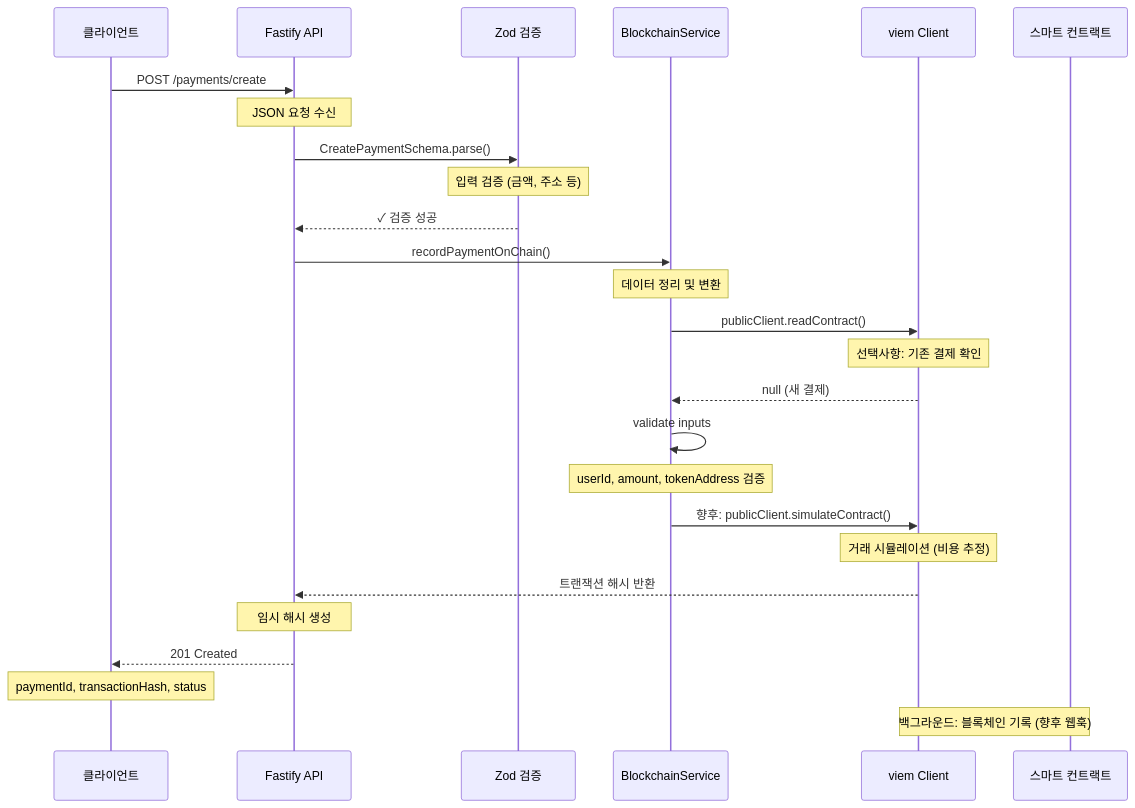
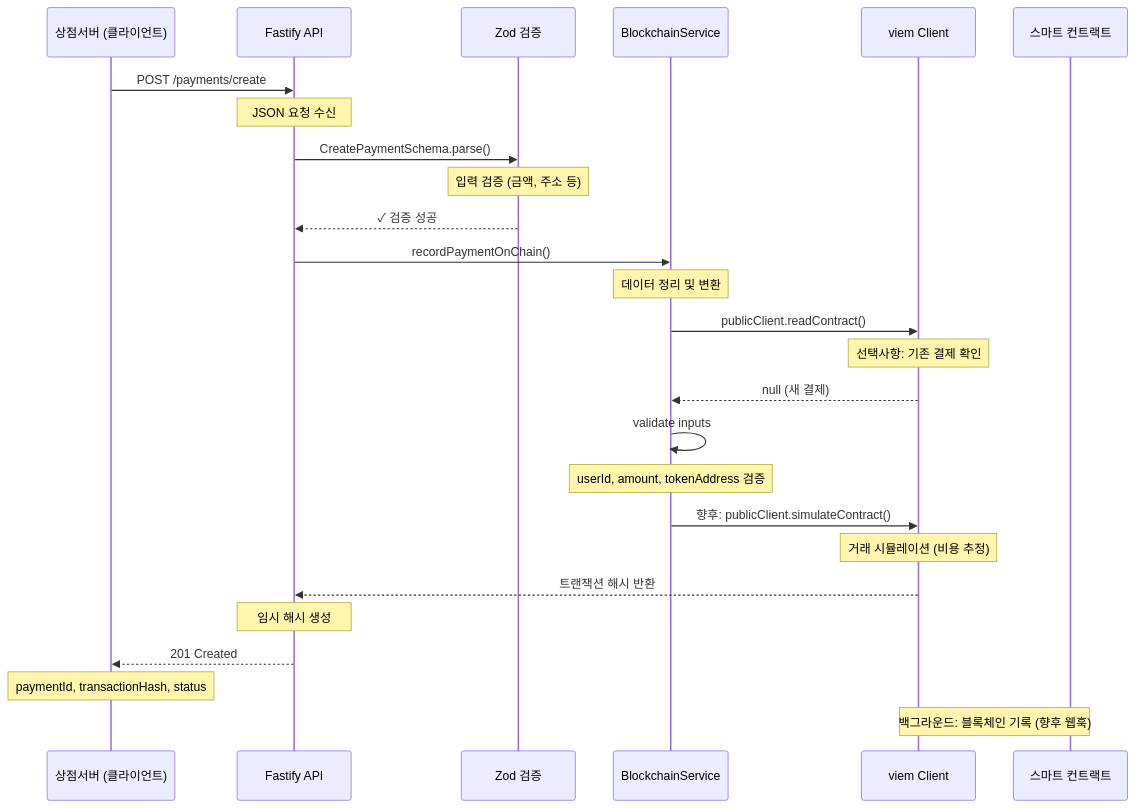
One commit to globalmsq/solo-pay changed the third of 12 diagrams in docs/architecture-payments.md. Above: the diagram before and after it, drawn with Mermaid. The commit also changed other lines of this file and 7 other files, not shown here.

````diff
--- a/docs/architecture-payments.md
+++ b/docs/architecture-payments.md
@@ -59,37 +70,37 @@
 ```mermaid
 sequenceDiagram
-    participant Client as 클라이언트
+    participant Client as 상점서버 (클라이언트)
     participant API as Fastify API
     participant Validation as Zod 검증
     participant Service as BlockchainService
     participant viem as viem Client
     participant Contract as 스마트 컨트랙트
 
     Client->>API: POST /payments/create
     Note over API: JSON 요청 수신
 
     API->>Validation: CreatePaymentSchema.parse()
     Note over Validation: 입력 검증 (금액, 주소 등)
     Validation-->>API: ✓ 검증 성공
 
     API->>Service: recordPaymentOnChain()
     Note over Service: 데이터 정리 및 변환
 
     Service->>viem: publicClient.readContract()
     Note over viem: 선택사항: 기존 결제 확인
     viem-->>Service: null (새 결제)
 
     Service->>Service: validate inputs
     Note over Service: userId, amount, tokenAddress 검증
 
     Service->>viem: 향후: publicClient.simulateContract()
     Note over viem: 거래 시뮬레이션 (비용 추정)
 
     viem-->>API: 트랜잭션 해시 반환
     Note over API: 임시 해시 생성
 
     API-->>Client: 201 Created
     Note over Client: paymentId, transactionHash, status
 
     Note over viem,Contract: 백그라운드: 블록체인 기록 (향후 웹훅)
 ```
````
